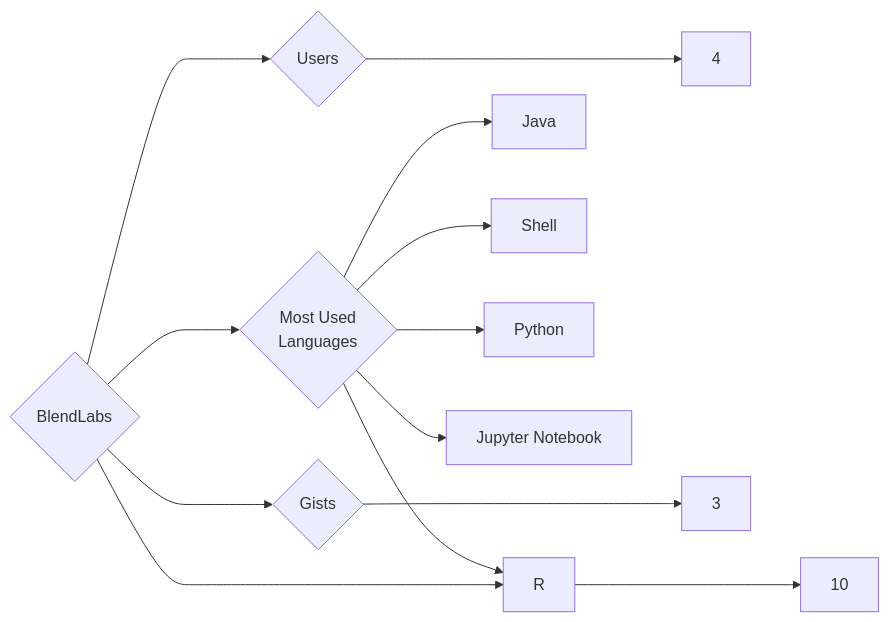
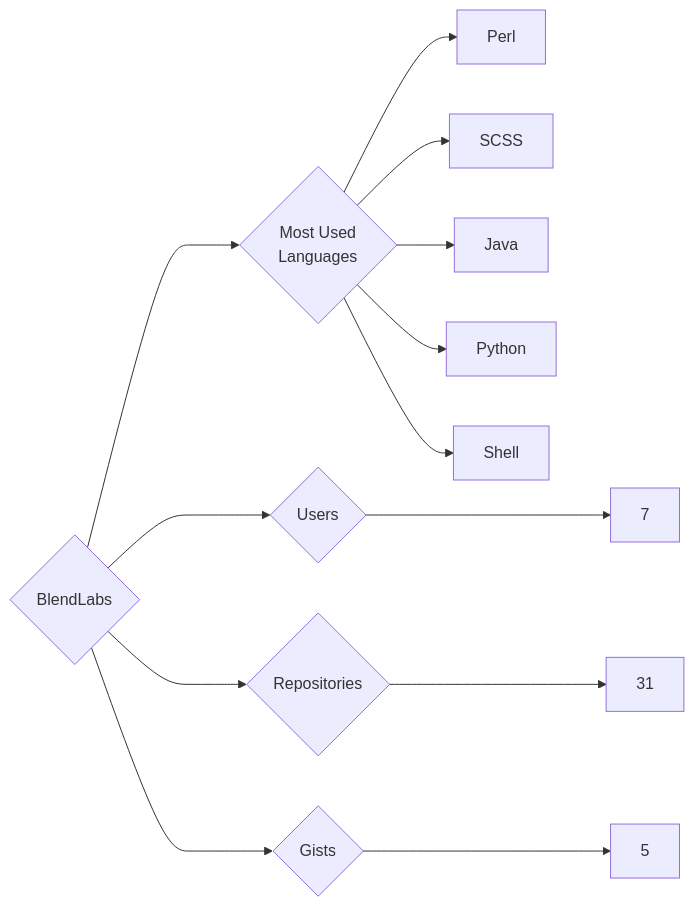
Before and after one commit to trickest/insiders: the diagram in targets/BlendLabs/README.md, drawn with Mermaid. The commit also changed 985 other files, not shown here.

````diff
--- a/targets/BlendLabs/README.md
+++ b/targets/BlendLabs/README.md
@@ -3,13 +3,13 @@
 ```mermaid
 graph LR
 COMPANY_NAME{BlendLabs}
-COMPANY_NAME ---> U{Users} ---> UN[4]
-COMPANY_NAME ---> R{Repositories} ---> RN[10]
-COMPANY_NAME ---> G{Gists} ---> GN[3]
+COMPANY_NAME ---> U{Users} ---> UN[7]
+COMPANY_NAME ---> R{Repositories} ---> RN[31]
+COMPANY_NAME ---> G{Gists} ---> GN[5]
 COMPANY_NAME ---> ML{Most Used<br>Languages}
+ML --> Perl[Perl]
+ML --> SCSS[SCSS]
 ML --> Java[Java]
+ML --> Python[Python]
 ML --> Shell[Shell]
-ML --> R[R]
-ML --> Python[Python]
-ML --> Jupyter_Notebook[Jupyter Notebook]
 ```
````
